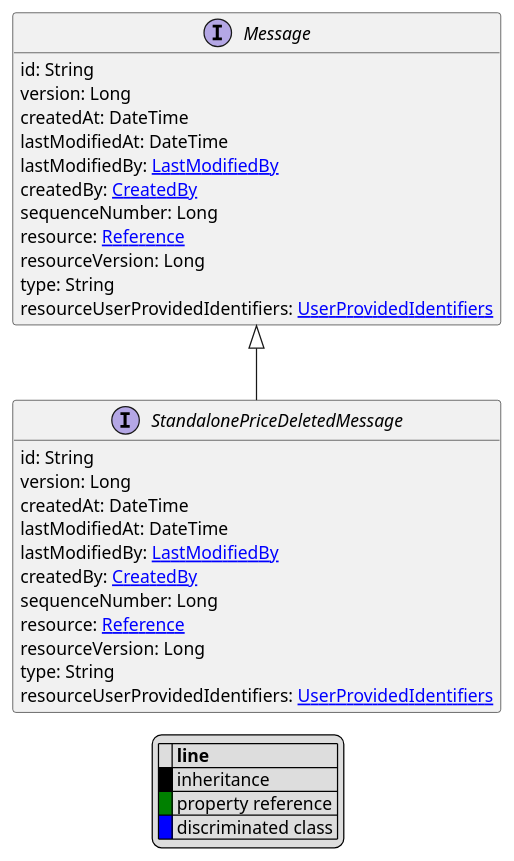
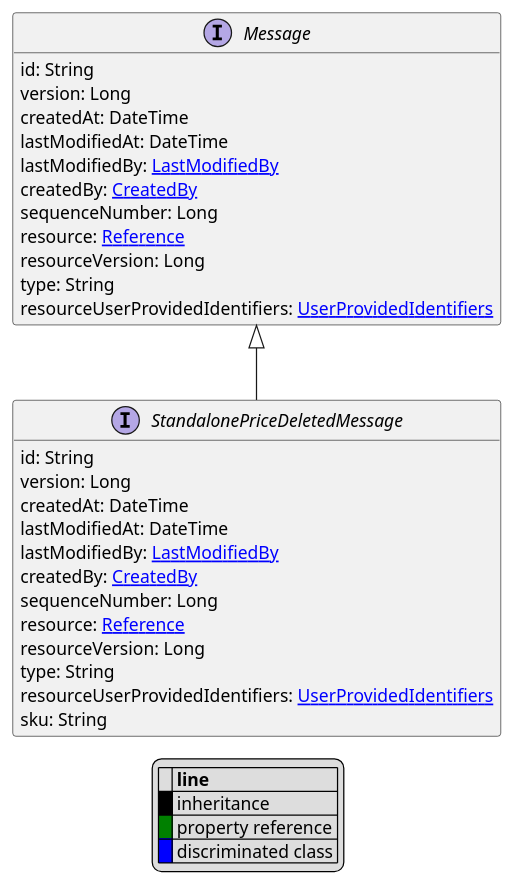
One commit to commercetools/commercetools-api-reference changed the diagram in uml/api/StandalonePriceDeletedMessage.puml. Above: the diagram before and after it, drawn with PlantUML. The commit also changed 10 other files, not shown here.

```diff
--- a/uml/api/StandalonePriceDeletedMessage.puml
+++ b/uml/api/StandalonePriceDeletedMessage.puml
@@ -1,42 +1,43 @@
 @startuml
 
 hide empty fields
 hide empty methods
 legend
 |= |= line |
 |<back:black>   </back>| inheritance |
 |<back:green>   </back>| property reference |
 |<back:blue>   </back>| discriminated class |
 endlegend
 interface StandalonePriceDeletedMessage [[StandalonePriceDeletedMessage.svg]] extends Message {
     id: String
     version: Long
     createdAt: DateTime
     lastModifiedAt: DateTime
     lastModifiedBy: [[LastModifiedBy.svg LastModifiedBy]]
     createdBy: [[CreatedBy.svg CreatedBy]]
     sequenceNumber: Long
     resource: [[Reference.svg Reference]]
     resourceVersion: Long
     type: String
     resourceUserProvidedIdentifiers: [[UserProvidedIdentifiers.svg UserProvidedIdentifiers]]
+    sku: String
 }
 interface Message [[Message.svg]]  {
     id: String
     version: Long
     createdAt: DateTime
     lastModifiedAt: DateTime
     lastModifiedBy: [[LastModifiedBy.svg LastModifiedBy]]
     createdBy: [[CreatedBy.svg CreatedBy]]
     sequenceNumber: Long
     resource: [[Reference.svg Reference]]
     resourceVersion: Long
     type: String
     resourceUserProvidedIdentifiers: [[UserProvidedIdentifiers.svg UserProvidedIdentifiers]]
 }
 
 
 
 
 
 @enduml
```
